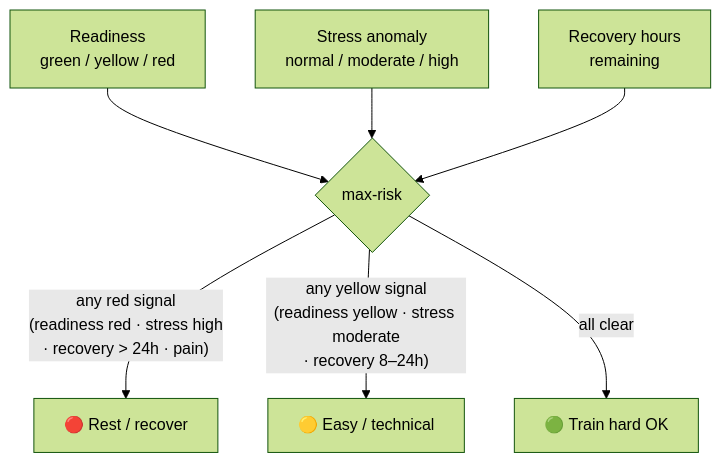
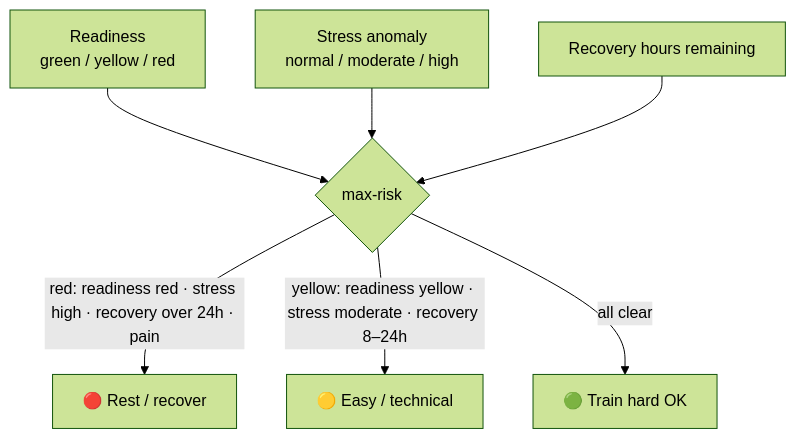
Before and after one commit to javierdlrm/garmin-companion: the third of 3 diagrams in README.md, drawn with Mermaid (forest theme). The commit also changed other lines of this file, not shown here.

Commit message:
Fix Mermaid render error on GitHub
Quote edge labels and remove parentheses / ">" from labels (GitHub's Mermaid
parser rejects them unquoted), which broke the Architecture diagram.

````diff
--- a/README.md
+++ b/README.md
@@ -110,9 +110,9 @@
 ```mermaid
 flowchart TD
-  R["Readiness<br/>green / yellow / red"] --> C{max-risk}
+  R["Readiness<br/>green / yellow / red"] --> C{"max-risk"}
   S["Stress anomaly<br/>normal / moderate / high"] --> C
-  V["Recovery hours<br/>remaining"] --> C
-  C -->|"any red signal<br/>(readiness red · stress high<br/>· recovery > 24h · pain)"| RED["🔴 Rest / recover"]
-  C -->|"any yellow signal<br/>(readiness yellow · stress moderate<br/>· recovery 8–24h)"| YEL["🟡 Easy / technical"]
+  V["Recovery hours remaining"] --> C
+  C -->|"red: readiness red · stress high · recovery over 24h · pain"| RED["🔴 Rest / recover"]
+  C -->|"yellow: readiness yellow · stress moderate · recovery 8–24h"| YEL["🟡 Easy / technical"]
   C -->|"all clear"| GRN["🟢 Train hard OK"]
 ```
````
